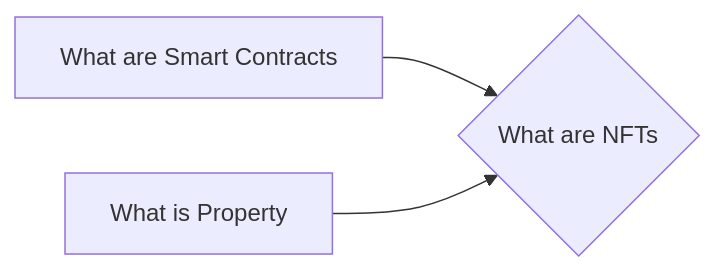
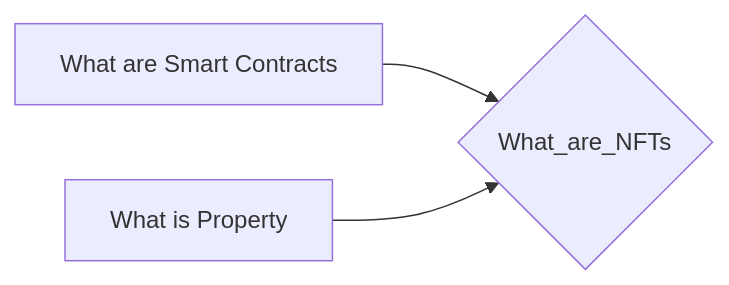
Before and after one commit to lpurdy01/crypto-knowledge-map: the diagram in notes/What_are_NFTs.md, drawn with Mermaid. The commit also changed 161 other files, not shown here.

````diff
--- a/notes/What_are_NFTs.md
+++ b/notes/What_are_NFTs.md
@@ -9,5 +9,5 @@
 ```mermaid
 graph LR
-1["What are Smart Contracts"]-->0{"What are NFTs"}
-2["What is Property"]-->0{"What are NFTs"}
+1["What are Smart Contracts"]-->0{"What_are_NFTs"}
+2["What is Property"]-->0{"What_are_NFTs"}
 ```
````
